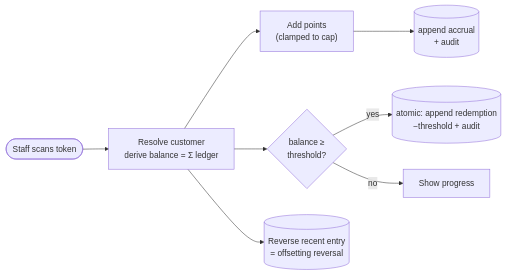
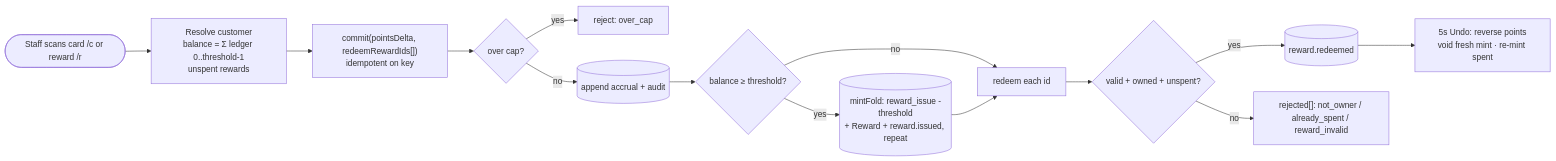
Before and after one commit to misch0n/loyalty-system: the fourth of 6 diagrams in README.md, drawn with Mermaid. The commit also changed other lines of this file and 2 other files, not shown here.

First line of the commit message:
Rewards-as-objects Phase 8: docs (acceptance rows + formats/undo + README model)

````diff
--- a/README.md
+++ b/README.md
@@ -210,10 +217,16 @@
 ```mermaid
 flowchart LR
-    SCAN([Staff scans token]) --> STATE[Resolve customer<br/>derive balance = Σ ledger]
-    STATE --> ADD["Add points<br/>(clamped to cap)"]
-    STATE --> RDM{balance ≥<br/>threshold?}
-    ADD --> ACC[(append accrual<br/>+ audit)]
-    RDM -- yes --> RED[(atomic: append redemption<br/>−threshold + audit)]
-    RDM -- no --> NA[Show progress]
-    STATE --> REV[(Reverse recent entry<br/>= offsetting reversal)]
+    SCAN([Staff scans card /c or reward /r]) --> STATE[Resolve customer<br/>balance = Σ ledger 0..threshold-1<br/>unspent rewards]
+    STATE --> COMMIT["commit(pointsDelta, redeemRewardIds[])<br/>idempotent on key"]
+    COMMIT --> CAP{over cap?}
+    CAP -- yes --> REJ[reject: over_cap]
+    CAP -- no --> ACC[(append accrual + audit)]
+    ACC --> MINT{balance ≥ threshold?}
+    MINT -- yes --> M[(mintFold: reward_issue -threshold<br/>+ Reward + reward.issued, repeat)]
+    MINT -- no --> R
+    M --> R[redeem each id]
+    R --> VAL{valid + owned + unspent?}
+    VAL -- yes --> SPEND[(reward.redeemed)]
+    VAL -- no --> RR["rejected[]: not_owner / already_spent / reward_invalid"]
+    SPEND --> UNDO[5s Undo: reverse points<br/>void fresh mint · re-mint spent]
 ```
````
